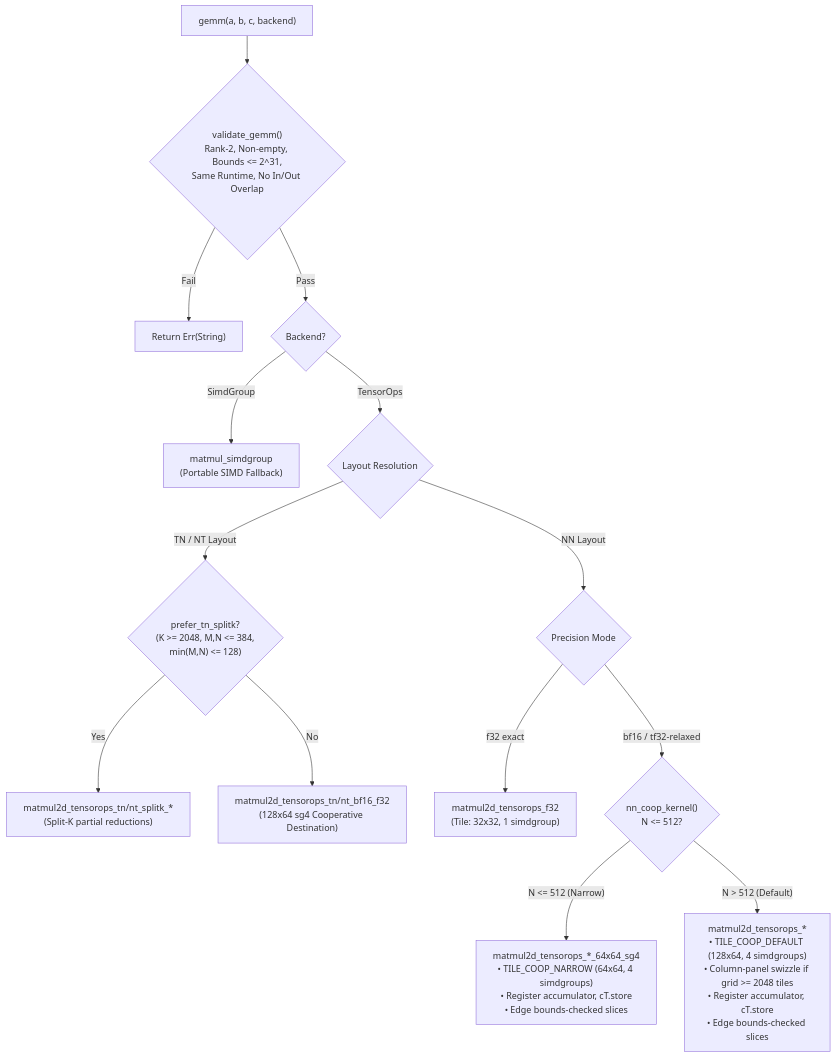
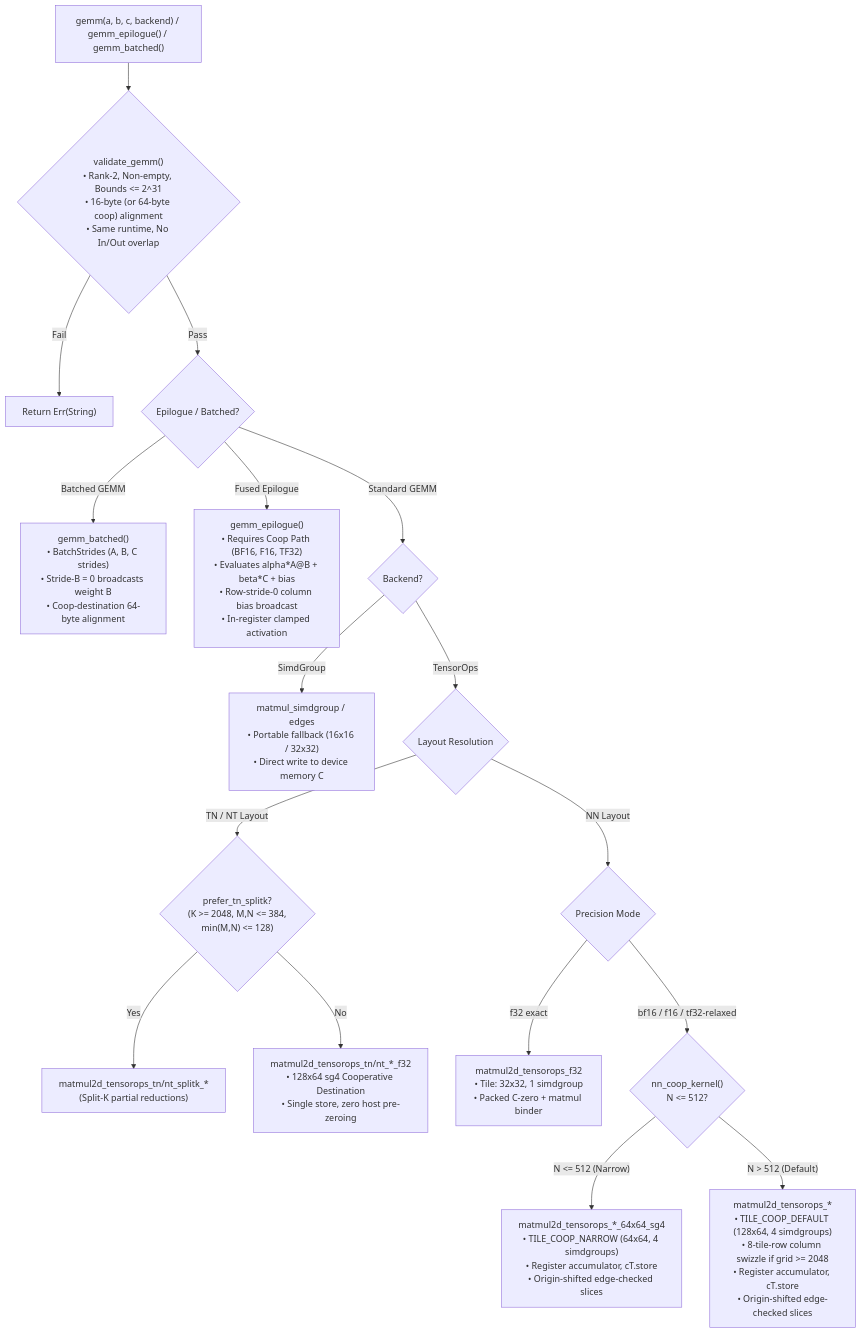
Before and after one commit to bharathvbcr/tessl: the third of 4 diagrams in README.md, drawn with Mermaid. The commit also changed other lines of this file and 3 other files, not shown here.

Commit message:
docs: modernize architecture, benchmarking, and verification diagrams with Mermaid

````diff
--- a/README.md
+++ b/README.md
@@ -204,23 +212,27 @@
 ```mermaid
 flowchart TD
-    Start["gemm(a, b, c, backend)"] --> Validate{"validate_gemm()<br/>Rank-2, Non-empty, Bounds &lt;= 2^31,<br/>Same Runtime, No In/Out Overlap"}
+    Start["gemm(a, b, c, backend) / gemm_epilogue() / gemm_batched()"] --> Validate{"validate_gemm()<br/>• Rank-2, Non-empty, Bounds &lt;= 2^31<br/>• 16-byte (or 64-byte coop) alignment<br/>• Same runtime, No In/Out overlap"}
     Validate -- Fail --> Err["Return Err(String)"]
-    Validate -- Pass --> BackendCheck{"Backend?"}
+    Validate -- Pass --> EpilogueCheck{"Epilogue / Batched?"}
 
-    BackendCheck -- SimdGroup --> SimdGroupKernel["matmul_simdgroup<br/>(Portable SIMD Fallback)"]
+    EpilogueCheck -- "Batched GEMM" --> BatchedDispatch["gemm_batched()<br/>• BatchStrides (A, B, C strides)<br/>• Stride-B = 0 broadcasts weight B<br/>• Coop-destination 64-byte alignment"]
+    EpilogueCheck -- "Fused Epilogue" --> EpilogueDispatch["gemm_epilogue()<br/>• Requires Coop Path (BF16, F16, TF32)<br/>• Evaluates alpha*A@B + beta*C + bias<br/>• Row-stride-0 column bias broadcast<br/>• In-register clamped activation"]
+    EpilogueCheck -- "Standard GEMM" --> BackendCheck{"Backend?"}
+
+    BackendCheck -- SimdGroup --> SimdGroupKernel["matmul_simdgroup / edges<br/>• Portable fallback (16x16 / 32x32)<br/>• Direct write to device memory C"]
     BackendCheck -- TensorOps --> LayoutCheck{"Layout Resolution"}
 
     LayoutCheck -- "TN / NT Layout" --> SplitKCheck{"prefer_tn_splitk?<br/>(K &gt;= 2048, M,N &lt;= 384,<br/>min(M,N) &lt;= 128)"}
     SplitKCheck -- Yes --> SplitKKernel["matmul2d_tensorops_tn/nt_splitk_*<br/>(Split-K partial reductions)"]
-    SplitKCheck -- No --> CoopTN["matmul2d_tensorops_tn/nt_bf16_f32<br/>(128x64 sg4 Cooperative Destination)"]
+    SplitKCheck -- No --> CoopTN["matmul2d_tensorops_tn/nt_*_f32<br/>• 128x64 sg4 Cooperative Destination<br/>• Single store, zero host pre-zeroing"]
 
     LayoutCheck -- "NN Layout" --> PrecisionCheck{"Precision Mode"}
     
-    PrecisionCheck -- "f32 exact" --> F32Exact["matmul2d_tensorops_f32<br/>(Tile: 32x32, 1 simdgroup)"]
+    PrecisionCheck -- "f32 exact" --> F32Exact["matmul2d_tensorops_f32<br/>• Tile: 32x32, 1 simdgroup<br/>• Packed C-zero + matmul binder"]
     
-    PrecisionCheck -- "bf16 / tf32-relaxed" --> NNTable{"nn_coop_kernel()<br/>N &lt;= 512?"}
+    PrecisionCheck -- "bf16 / f16 / tf32-relaxed" --> NNTable{"nn_coop_kernel()<br/>N &lt;= 512?"}
     
-    NNTable -- "N &lt;= 512 (Narrow)" --> NNNarrow["matmul2d_tensorops_*_64x64_sg4<br/>• TILE_COOP_NARROW (64x64, 4 simdgroups)<br/>• Register accumulator, cT.store<br/>• Edge bounds-checked slices"]
+    NNTable -- "N &lt;= 512 (Narrow)" --> NNNarrow["matmul2d_tensorops_*_64x64_sg4<br/>• TILE_COOP_NARROW (64x64, 4 simdgroups)<br/>• Register accumulator, cT.store<br/>• Origin-shifted edge-checked slices"]
     
-    NNTable -- "N &gt; 512 (Default)" --> NNDefault["matmul2d_tensorops_*<br/>• TILE_COOP_DEFAULT (128x64, 4 simdgroups)<br/>• Column-panel swizzle if grid &gt;= 2048 tiles<br/>• Register accumulator, cT.store<br/>• Edge bounds-checked slices"]
+    NNTable -- "N &gt; 512 (Default)" --> NNDefault["matmul2d_tensorops_*<br/>• TILE_COOP_DEFAULT (128x64, 4 simdgroups)<br/>• 8-tile-row column swizzle if grid &gt;= 2048<br/>• Register accumulator, cT.store<br/>• Origin-shifted edge-checked slices"]
 ```
````
